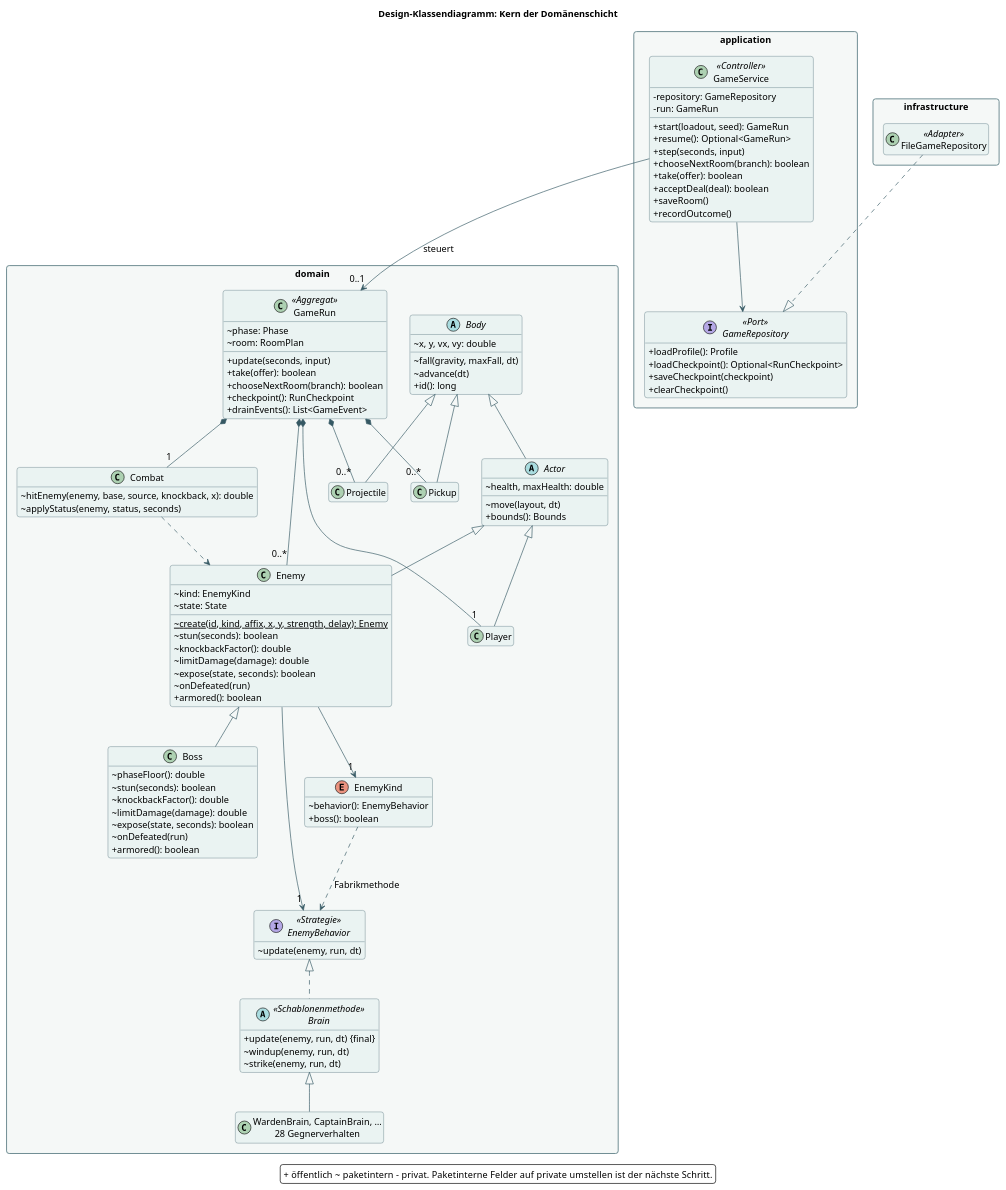
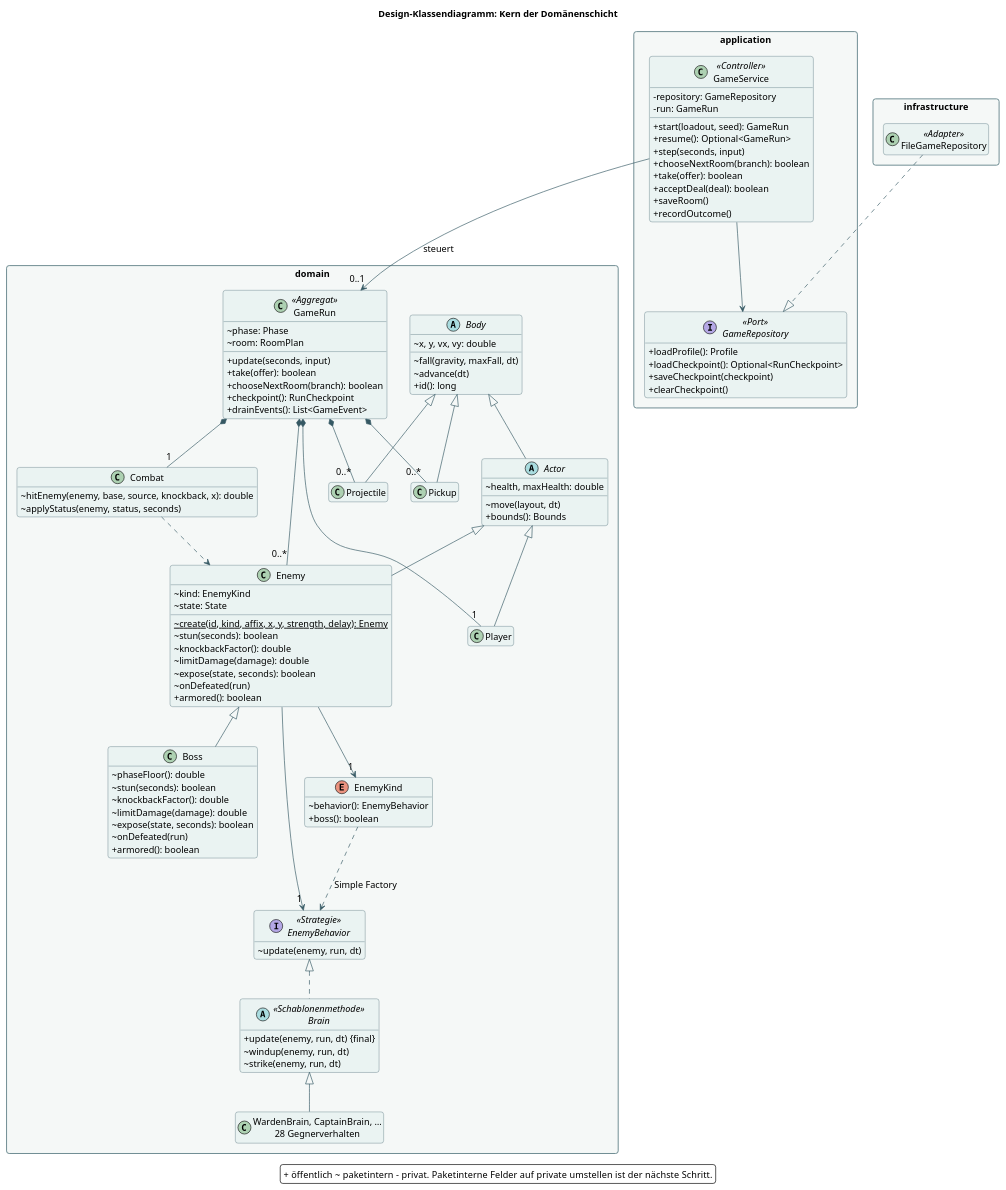
Before and after one commit to bassdav2/abyss: the diagram in docs/diagrams/04-design-classes.puml, drawn with PlantUML. The commit also changed 31 other files, not shown here.

```diff
--- a/docs/diagrams/04-design-classes.puml
+++ b/docs/diagrams/04-design-classes.puml
@@ -1,132 +1,132 @@
 @startuml
 skinparam backgroundColor #FFFFFF
 skinparam defaultFontName Arial
 skinparam defaultFontSize 14
 skinparam shadowing false
 skinparam roundcorner 8
 skinparam ArrowColor #355863
 skinparam classBackgroundColor #EAF3F2
 skinparam classBorderColor #355863
 skinparam participantBackgroundColor #EAF3F2
 skinparam participantBorderColor #355863
 skinparam sequenceLifeLineBorderColor #7A979C
 skinparam noteBackgroundColor #FFF2DA
 skinparam noteBorderColor #D8AA64
 skinparam packageBackgroundColor #F5F8F7
 skinparam packageBorderColor #6E8B91
 skinparam stateBackgroundColor #EAF3F2
 skinparam stateBorderColor #355863
 hide empty members
 title Design-Klassendiagramm: Kern der Domänenschicht
 skinparam classAttributeIconSize 0
 skinparam packageStyle rectangle
 package "application" {
  class GameService <<Controller>> {
   - repository: GameRepository
   - run: GameRun
   + start(loadout, seed): GameRun
   + resume(): Optional<GameRun>
   + step(seconds, input)
   + chooseNextRoom(branch): boolean
   + take(offer): boolean
   + acceptDeal(deal): boolean
   + saveRoom()
   + recordOutcome()
  }
  interface GameRepository <<Port>> {
   + loadProfile(): Profile
   + loadCheckpoint(): Optional<RunCheckpoint>
   + saveCheckpoint(checkpoint)
   + clearCheckpoint()
  }
 }
 package "infrastructure" {
  class FileGameRepository <<Adapter>>
 }
 package "domain" {
  class GameRun <<Aggregat>> {
   ~ phase: Phase
   ~ room: RoomPlan
   + update(seconds, input)
   + take(offer): boolean
   + chooseNextRoom(branch): boolean
   + checkpoint(): RunCheckpoint
   + drainEvents(): List<GameEvent>
  }
  class Combat {
   ~ hitEnemy(enemy, base, source, knockback, x): double
   ~ applyStatus(enemy, status, seconds)
  }
  abstract class Body {
   ~ x, y, vx, vy: double
   ~ fall(gravity, maxFall, dt)
   ~ advance(dt)
   + id(): long
  }
  abstract class Actor {
   ~ health, maxHealth: double
   ~ move(layout, dt)
   + bounds(): Bounds
  }
  class Player
  class Projectile
  class Pickup
  class Enemy {
   ~ kind: EnemyKind
   ~ state: State
   ~ {static} create(id, kind, affix, x, y, strength, delay): Enemy
   ~ stun(seconds): boolean
   ~ knockbackFactor(): double
   ~ limitDamage(damage): double
   ~ expose(state, seconds): boolean
   ~ onDefeated(run)
   + armored(): boolean
  }
  class Boss {
   ~ phaseFloor(): double
   ~ stun(seconds): boolean
   ~ knockbackFactor(): double
   ~ limitDamage(damage): double
   ~ expose(state, seconds): boolean
   ~ onDefeated(run)
   + armored(): boolean
  }
  interface EnemyBehavior <<Strategie>> {
   ~ update(enemy, run, dt)
  }
  abstract class Brain <<Schablonenmethode>> {
   + update(enemy, run, dt) {final}
   ~ windup(enemy, run, dt)
   ~ strike(enemy, run, dt)
  }
  class "WardenBrain, CaptainBrain, …\n28 Gegnerverhalten" as Brains
  enum EnemyKind {
   ~ behavior(): EnemyBehavior
   + boss(): boolean
  }
 }
 GameService --> GameRepository
 GameService --> "0..1" GameRun : steuert
 FileGameRepository ..|> GameRepository
 GameRun *-- "1" Player
 GameRun *-- "0..*" Enemy
 GameRun *-- "0..*" Projectile
 GameRun *-- "0..*" Pickup
 GameRun *-- "1" Combat
 Combat ..> Enemy
 Body <|-- Actor
 Body <|-- Projectile
 Body <|-- Pickup
 Actor <|-- Player
 Actor <|-- Enemy
 Enemy <|-- Boss
 Enemy --> "1" EnemyKind
 Enemy --> "1" EnemyBehavior
-EnemyKind ..> EnemyBehavior : Fabrikmethode
+EnemyKind ..> EnemyBehavior : Simple Factory
 EnemyBehavior <|.. Brain
 Brain <|-- Brains
 legend bottom
  + öffentlich   ~ paketintern   - privat. Paketinterne Felder auf private umstellen ist der nächste Schritt.
 endlegend
 
 @enduml
```
